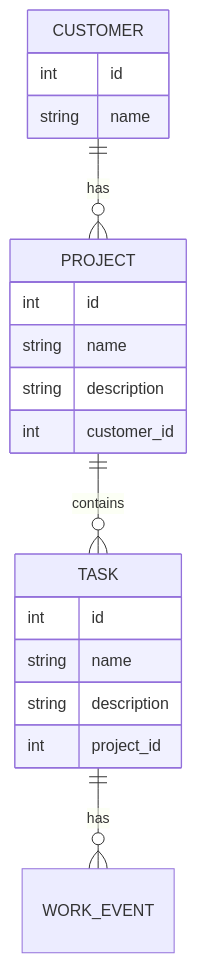
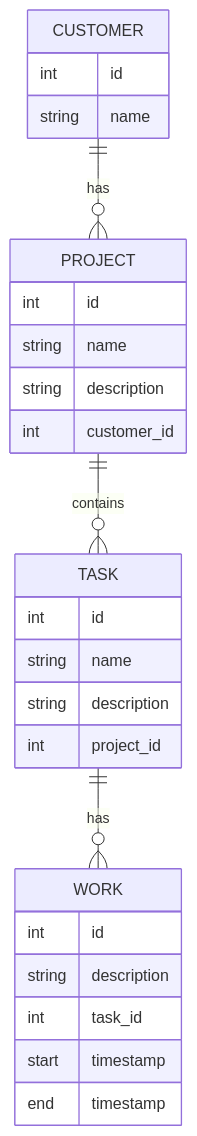
One commit to joukojo/go-what-did-i-do changed the diagram in README.md. Above: the diagram before and after it, drawn with Mermaid. The commit also changed other lines of this file and 1 other file, not shown here.

Commit message:
Add logo image and update data relations in README

````diff
--- a/README.md
+++ b/README.md
@@ -9,24 +11,31 @@
 ```mermaid
 erDiagram
     CUSTOMER ||--o{ PROJECT : has
     PROJECT ||--o{ TASK : contains
-    TASK ||--o{ WORK_EVENT : has
+    TASK ||--o{ WORK : has
 
     CUSTOMER {
         int id
         string name
     }
     PROJECT {
         int id
         string name
         string description
         int customer_id
     }
     TASK {
         int id
         string name
         string description
         int project_id
     }
+    WORK {
+        int id
+        string description
+        int task_id
+        start timestamp
+        end timestamp
+    }    
 
 ```
````
